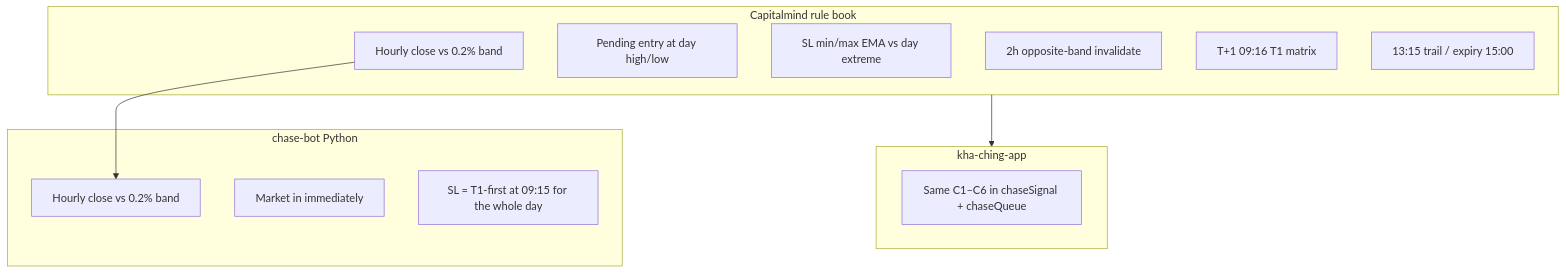
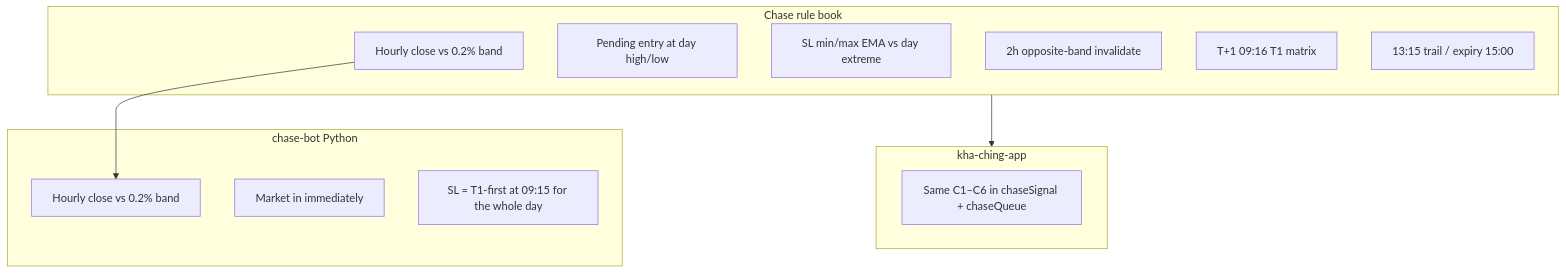
One commit to ssnathan78/kha-ching-app changed the diagram in docs/strategies/IMPLEMENTATION_REVIEW.md. Above: the diagram before and after it, drawn with Mermaid. The commit also changed other lines of this file and 64 other files, not shown here.

````diff
--- a/docs/strategies/IMPLEMENTATION_REVIEW.md
+++ b/docs/strategies/IMPLEMENTATION_REVIEW.md
@@ -30,21 +30,21 @@
 ```mermaid
 flowchart TB
-  subgraph capitalmind [Capitalmind rule book]
+  subgraph rulebook [Chase rule book]
     C1[Hourly close vs 0.2% band]
     C2[Pending entry at day high/low]
     C3[SL min/max EMA vs day extreme]
     C4[2h opposite-band invalidate]
     C5[T+1 09:16 T1 matrix]
     C6[13:15 trail / expiry 15:00]
   end
   subgraph khaching [kha-ching-app]
     K1[Same C1–C6 in chaseSignal + chaseQueue]
   end
   subgraph chasebot [chase-bot Python]
     B1[Hourly close vs 0.2% band]
     B2[Market in immediately]
     B3["SL = T1-first at 09:15 for the whole day"]
   end
-  capitalmind --> khaching
+  rulebook --> khaching
   C1 --> B1
 ```
````
